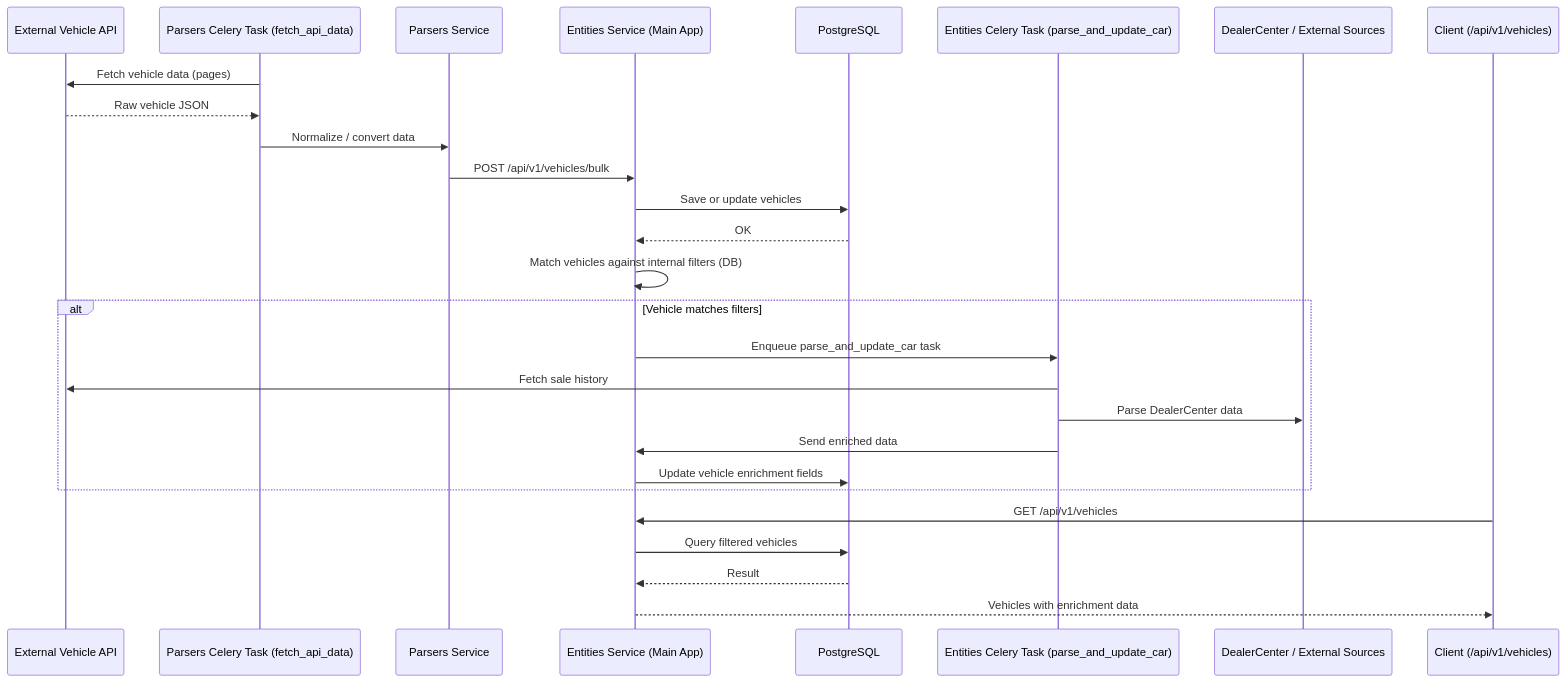
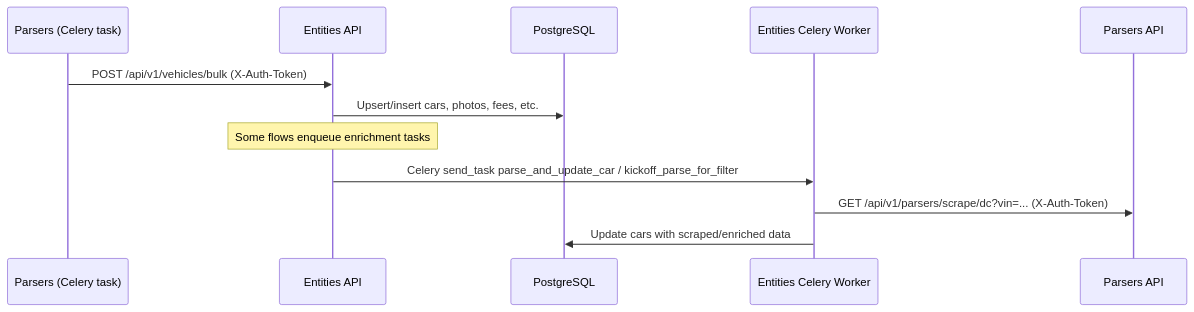
The second of 9 diagrams in README.md (dmytro-cyber/user_registration), drawn with Mermaid before and after one commit. The commit also changed other lines of this file, not shown here.

````diff
--- a/README.md
+++ b/README.md
@@ -590,35 +217,16 @@
 ```mermaid
 sequenceDiagram
-    participant ExternalAPI as External Vehicle API
-    participant ParserTask as Parsers Celery Task (fetch_api_data)
-    participant Parsers as Parsers Service
-    participant Entities as Entities Service (Main App)
-    participant DB as PostgreSQL
-    participant FilterTask as Entities Celery Task (parse_and_update_car)
-    participant DealerCenter as DealerCenter / External Sources
-    participant Client as Client (/api/v1/vehicles)
+  participant P as Parsers (Celery task)
+  participant E as Entities API
+  participant DB as PostgreSQL
+  participant W as Entities Celery Worker
+  participant S as Parsers API
 
-    ParserTask->>ExternalAPI: Fetch vehicle data (pages)
-    ExternalAPI-->>ParserTask: Raw vehicle JSON
 
-    ParserTask->>Parsers: Normalize / convert data
-    Parsers->>Entities: POST /api/v1/vehicles/bulk
-
-    Entities->>DB: Save or update vehicles
-    DB-->>Entities: OK
-
-    Entities->>Entities: Match vehicles against internal filters (DB)
-
-    alt Vehicle matches filters
-        Entities->>FilterTask: Enqueue parse_and_update_car task
-        FilterTask->>ExternalAPI: Fetch sale history
-        FilterTask->>DealerCenter: Parse DealerCenter data
-        FilterTask->>Entities: Send enriched data
-        Entities->>DB: Update vehicle enrichment fields
-    end
-
-    Client->>Entities: GET /api/v1/vehicles
-    Entities->>DB: Query filtered vehicles
-    DB-->>Entities: Result
-    Entities-->>Client: Vehicles with enrichment data
+  P->>E: POST /api/v1/vehicles/bulk (X-Auth-Token)
+  E->>DB: Upsert/insert cars, photos, fees, etc.
+  Note over E: Some flows enqueue enrichment tasks
+  E->>W: Celery send_task parse_and_update_car / kickoff_parse_for_filter
+  W->>S: GET /api/v1/parsers/scrape/dc?vin=... (X-Auth-Token)
+  W->>DB: Update cars with scraped/enriched data
 ```
````
